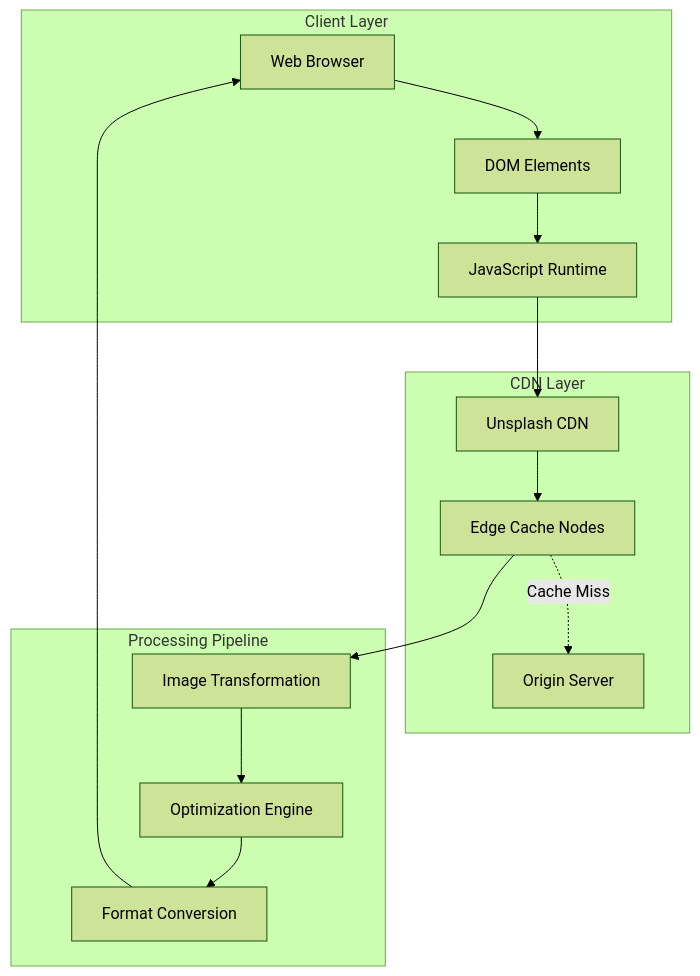
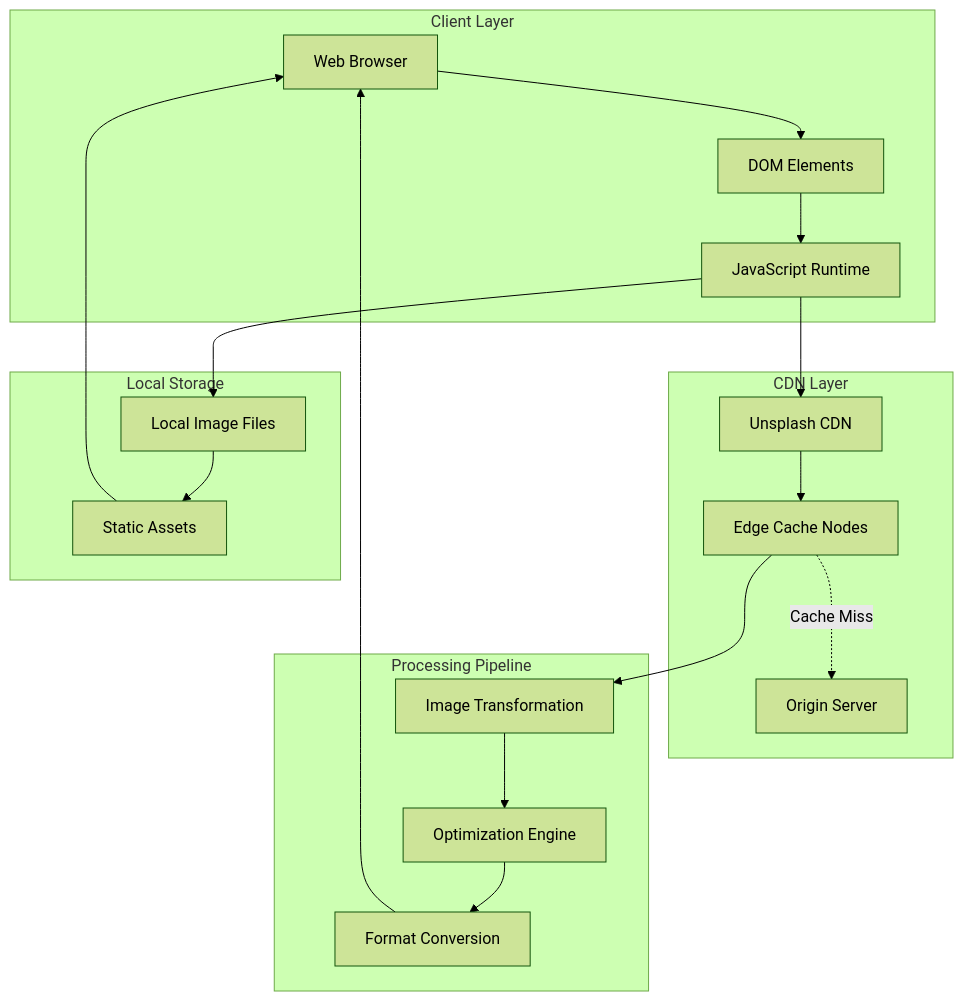
One commit to queenflowerhk/queenflowerhk.github.io changed the diagram in .qoder/repowiki/en/content/User Interface Components/Product Gallery Components/Image Loading and Optimization.md. Above: the diagram before and after it, drawn with Mermaid (forest theme). The commit also changed other lines of this file and 22 other files, not shown here.

````diff
--- a/.qoder/repowiki/en/content/User Interface Components/Product Gallery Components/Image Loading and Optimization.md
+++ b/.qoder/repowiki/en/content/User Interface Components/Product Gallery Components/Image Loading and Optimization.md
@@ -32,27 +43,34 @@
 ```mermaid
 graph TB
 subgraph "Client Layer"
 Browser[Web Browser]
 DOM[DOM Elements]
 JS[JavaScript Runtime]
 end
 subgraph "CDN Layer"
 Unsplash[Unsplash CDN]
 EdgeCache[Edge Cache Nodes]
 Origin[Origin Server]
 end
+subgraph "Local Storage"
+LocalImages[Local Image Files]
+StaticAssets[Static Assets]
+end
 subgraph "Processing Pipeline"
 Transform[Image Transformation]
 Optimize[Optimization Engine]
 Format[Format Conversion]
 end
 Browser --> DOM
 DOM --> JS
 JS --> Unsplash
+JS --> LocalImages
 Unsplash --> EdgeCache
 EdgeCache --> Transform
 Transform --> Optimize
 Optimize --> Format
 Format --> Browser
+LocalImages --> StaticAssets
+StaticAssets --> Browser
 EdgeCache -.->|Cache Miss| Origin
 ```
````
